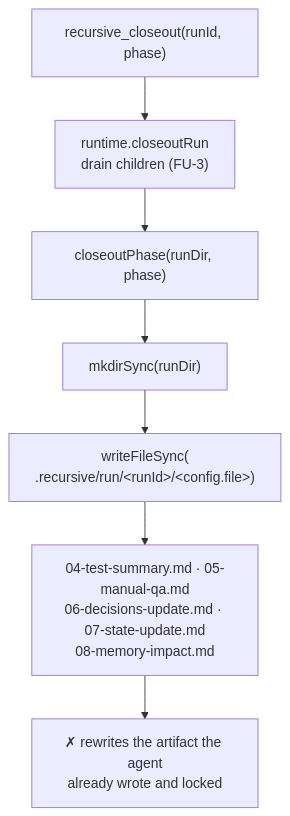
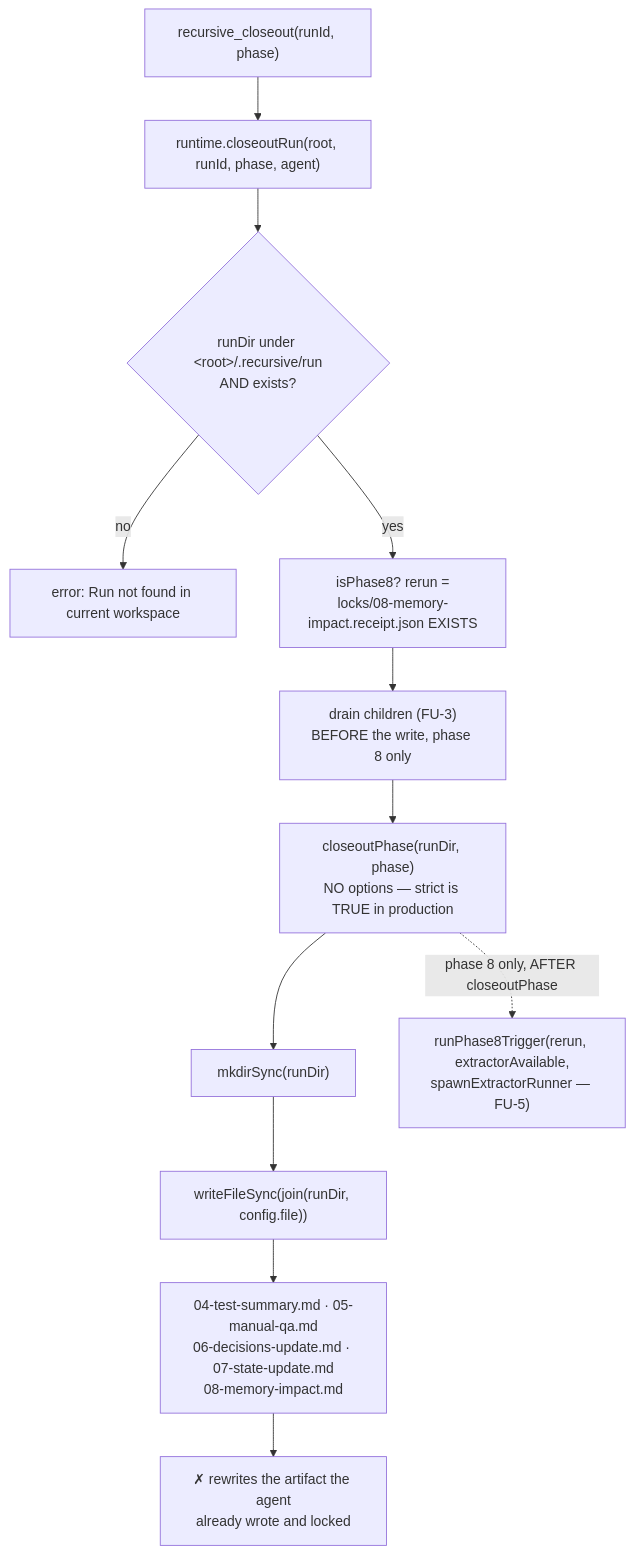
The fourth of 6 diagrams in WORKFLOW.md (try-works/dsh-recursive-mode), drawn with Mermaid before and after one commit. The commit also changed other lines of this file, not shown here.

First line of the commit message:
WORKFLOW.md §3c: config.file resolves to the RUN DOC, and the training trigger is unreachable

````diff
--- a/WORKFLOW.md
+++ b/WORKFLOW.md
@@ -121,9 +128,14 @@
 ```mermaid
 flowchart TD
-  T1["recursive_closeout(runId, phase)"] --> T2["runtime.closeoutRun<br/>drain children (FU-3)"]
-  T2 --> T3["closeoutPhase(runDir, phase)"]
+  T1["recursive_closeout(runId, phase)"] --> T2["runtime.closeoutRun(root, runId, phase, agent)"]
+  T2 --> T2a{"runDir under &lt;root&gt;/.recursive/run<br/>AND exists?"}
+  T2a -->|no| T2b["error: Run not found in current workspace"]
+  T2a -->|yes| T2c["isPhase8? rerun =<br/>locks/08-memory-impact.receipt.json EXISTS"]
+  T2c --> T2d["drain children (FU-3)<br/>BEFORE the write, phase 8 only"]
+  T2d --> T3["closeoutPhase(runDir, phase)<br/>NO options — strict is TRUE in production"]
   T3 --> T4["mkdirSync(runDir)"]
-  T4 --> T5["writeFileSync(<br/>.recursive/run/&lt;runId&gt;/&lt;config.file&gt;)"]
+  T4 --> T5["writeFileSync(join(runDir, config.file))"]
   T5 --> T6["04-test-summary.md · 05-manual-qa.md<br/>06-decisions-update.md · 07-state-update.md<br/>08-memory-impact.md"]
   T6 --> X["✗ rewrites the artifact the agent<br/>already wrote and locked"]
+  T3 -.->|"phase 8 only, AFTER closeoutPhase"| T7["runPhase8Trigger(rerun, extractorAvailable,<br/>spawnExtractorRunner — FU-5)"]
 ```
````
